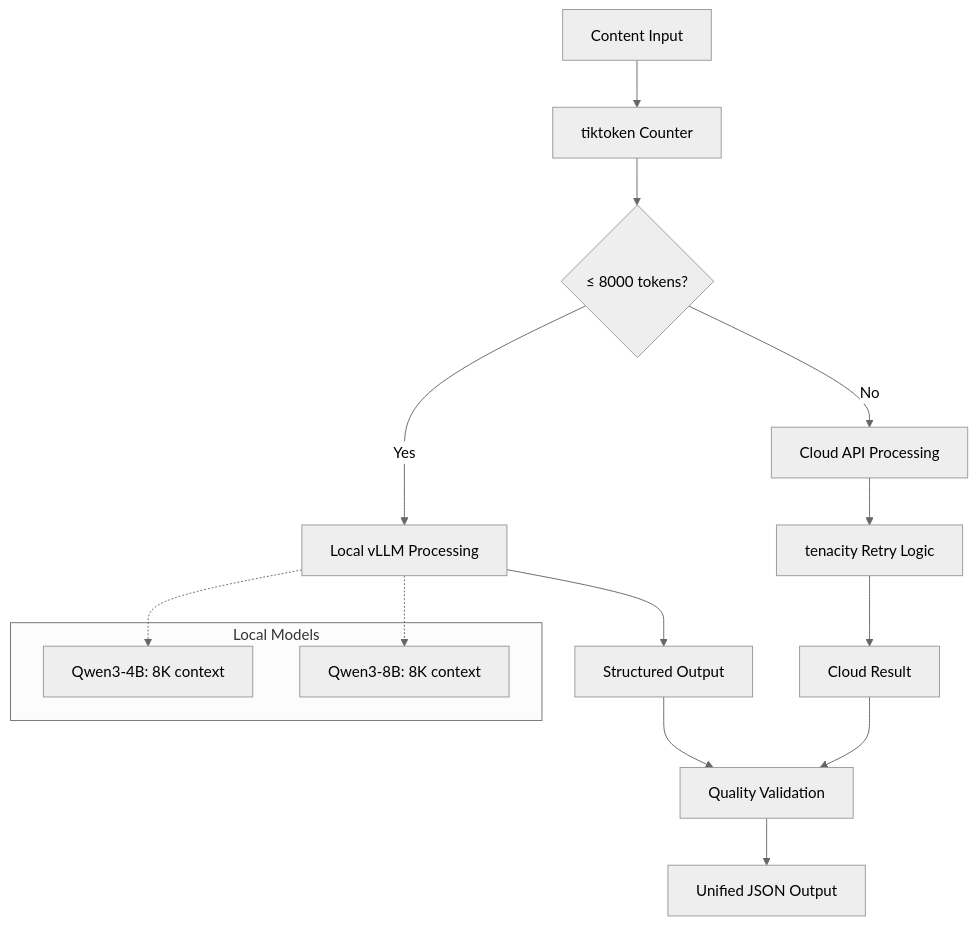
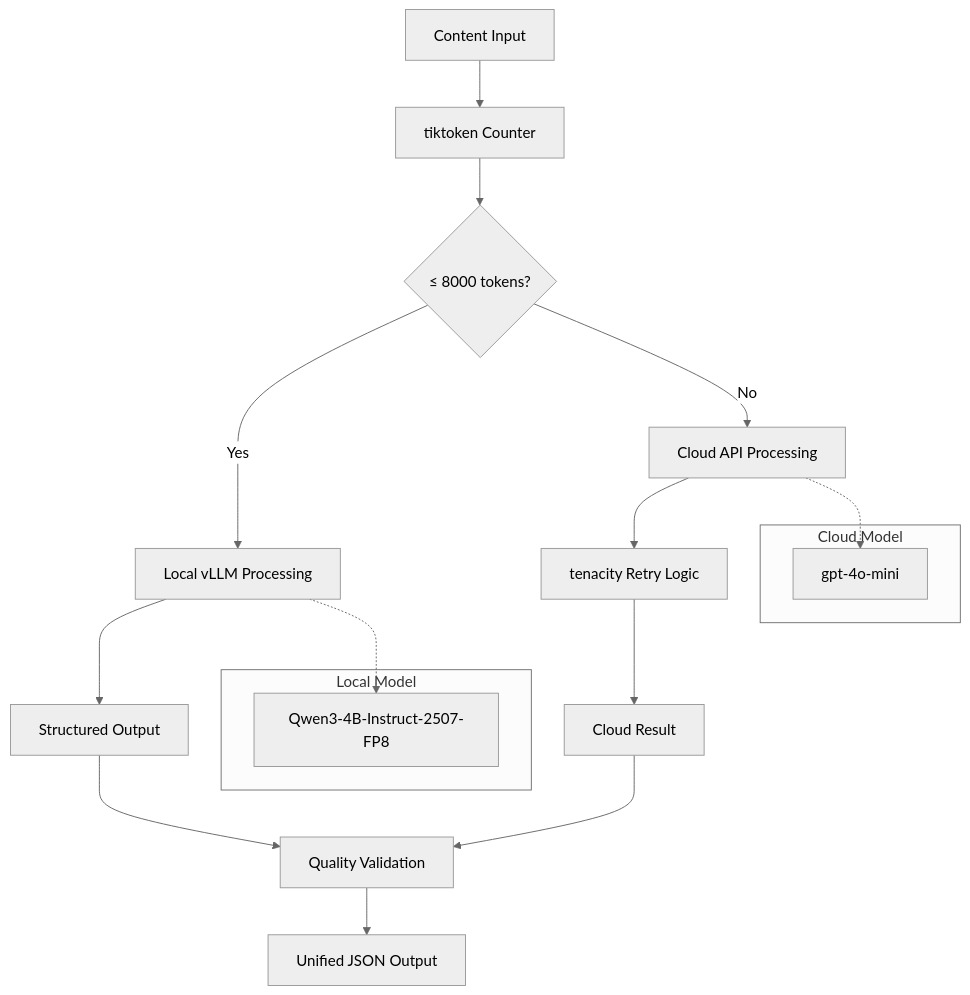
The first of 2 diagrams in docs/adrs/ADR-008-optimized-token-thresholds.md (BjornMelin/ai-job-scraper), drawn with Mermaid (neutral theme) before and after one commit. The commit also changed other lines of this file and 5 other files, not shown here.

First line of the commit message:
docs: simplify llm strategy to single local model with cloud fallback

````diff
--- a/docs/adrs/ADR-008-optimized-token-thresholds.md
+++ b/docs/adrs/ADR-008-optimized-token-thresholds.md
@@ -60,23 +60,26 @@
 ```mermaid
 flowchart TD
     A[Content Input] --> B[tiktoken Counter]
     B --> C{"≤ 8000 tokens?"}
     C -->|Yes| D[Local vLLM Processing]
     C -->|No| E[Cloud API Processing]
     
     D --> F[Structured Output]
     E --> G[tenacity Retry Logic]
     G --> H[Cloud Result]
     
     F --> I[Quality Validation]
     H --> I
     I --> J[Unified JSON Output]
     
-    subgraph "Local Models"
-        K[Qwen3-4B: 8K context]
-        L[Qwen3-8B: 8K context]
+    subgraph "Local Model"
+        K[Qwen3-4B-Instruct-2507-FP8]
+    end
+    
+    subgraph "Cloud Model"
+        L[gpt-4o-mini]
     end
     
     D -.-> K
-    D -.-> L
+    E -.-> L
 ```
````
